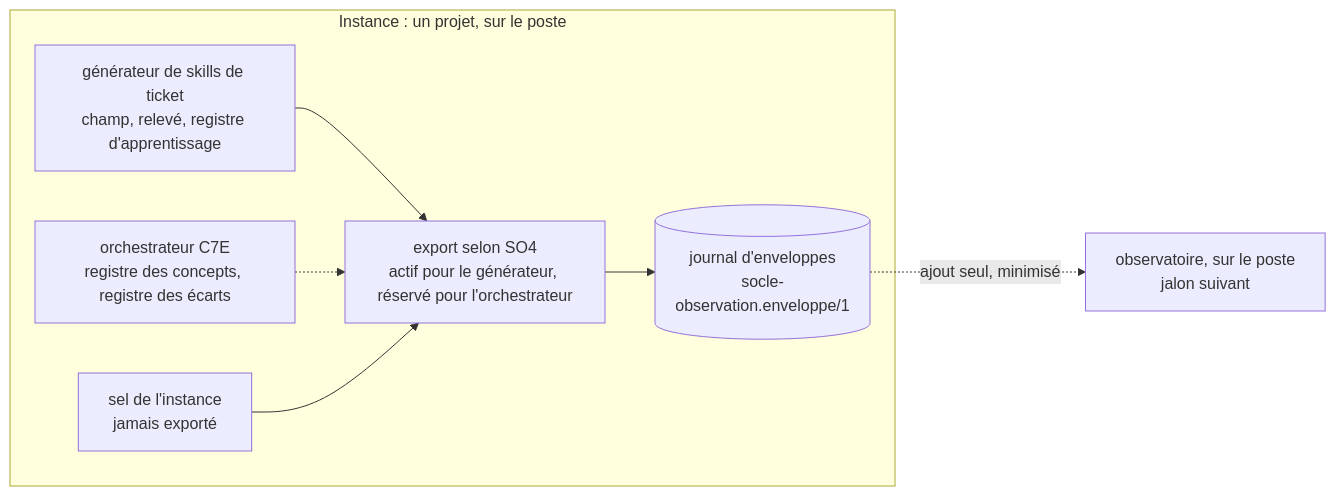
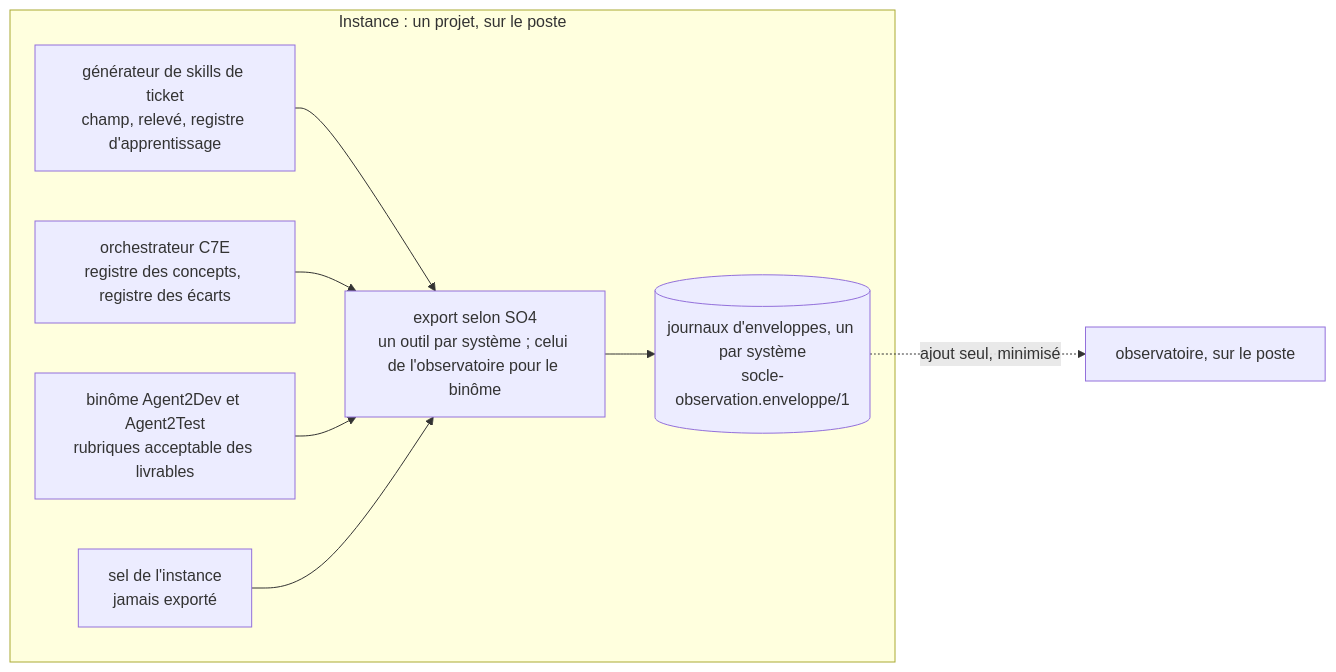
Before and after one commit to FredGarcia/Agent2Prompt: the diagram in specs/socle-observation/SKILL.md, drawn with Mermaid. The commit also changed other lines of this file and 98 other files, not shown here.

````diff
--- a/specs/socle-observation/SKILL.md
+++ b/specs/socle-observation/SKILL.md
@@ -17,16 +17,18 @@
 ```mermaid
 flowchart LR
   subgraph INSTANCE["Instance : un projet, sur le poste"]
     GEN["générateur de skills de ticket<br/>champ, relevé, registre d'apprentissage"]
     C7E["orchestrateur C7E<br/>registre des concepts, registre des écarts"]
+    BIN["binôme Agent2Dev et Agent2Test<br/>rubriques acceptable des livrables"]
     SEL["sel de l'instance<br/>jamais exporté"]
-    EXP["export selon SO4<br/>actif pour le générateur, réservé pour l'orchestrateur"]
-    J[("journal d'enveloppes<br/>socle-observation.enveloppe/1")]
+    EXP["export selon SO4<br/>un outil par système ; celui de l'observatoire pour le binôme"]
+    J[("journaux d'enveloppes, un par système<br/>socle-observation.enveloppe/1")]
   end
-  OBS["observatoire, sur le poste<br/>jalon suivant"]
+  OBS["observatoire, sur le poste"]
   GEN --> EXP
-  C7E -.-> EXP
+  C7E --> EXP
+  BIN --> EXP
   SEL --> EXP
   EXP --> J
   J -.->|"ajout seul, minimisé"| OBS
 ```
````
